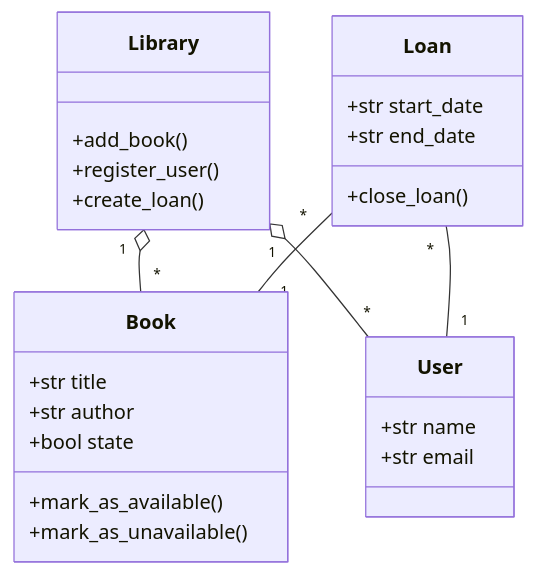
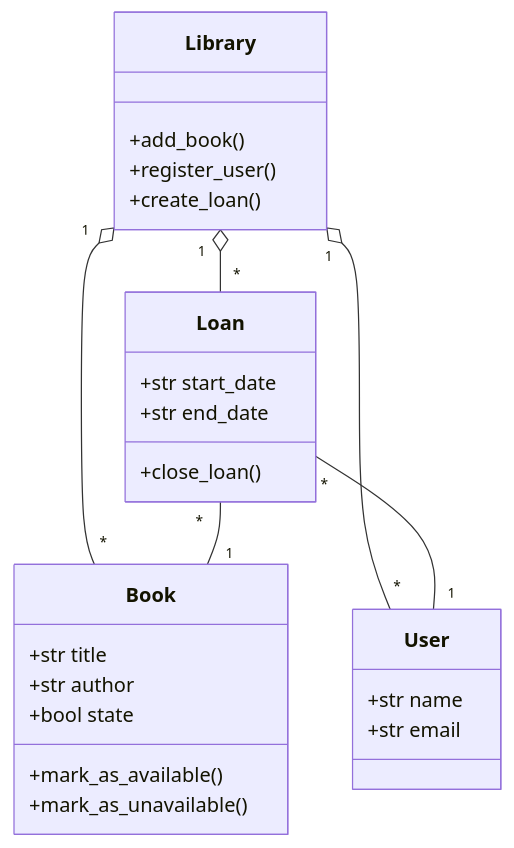
The diagram in uml_intro/0-class_diagram.mmd (RebornLPB/holbertonschool-sw_design_architecture), drawn with Mermaid before and after one commit.

Commit message:
Update class diagram to include Loan relationship with Library

```diff
--- a/uml_intro/0-class_diagram.mmd
+++ b/uml_intro/0-class_diagram.mmd
@@ -1,30 +1,31 @@
 classDiagram
     class Book {
         +str title
         +str author
         +bool state
         +mark_as_available()
         +mark_as_unavailable()
     }
 
     class User {
         +str name
         +str email
     }
 
     class Loan {
         +str start_date
         +str end_date
         +close_loan()
     }
 
     class Library {
         +add_book()
         +register_user()
         +create_loan()
     }
 
     Library "1" o-- "*" Book
     Library "1" o-- "*" User
+    Library "1" o-- "*" Loan
     Loan "*" -- "1" Book
     Loan "*" -- "1" User
```
